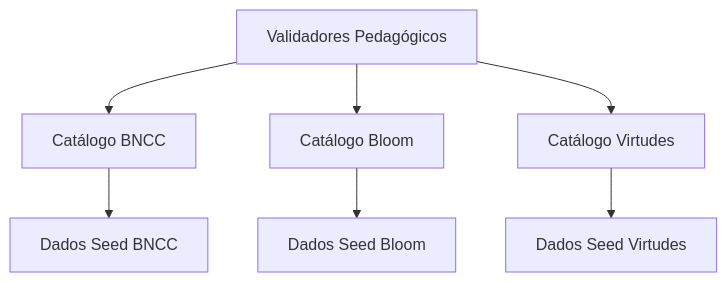
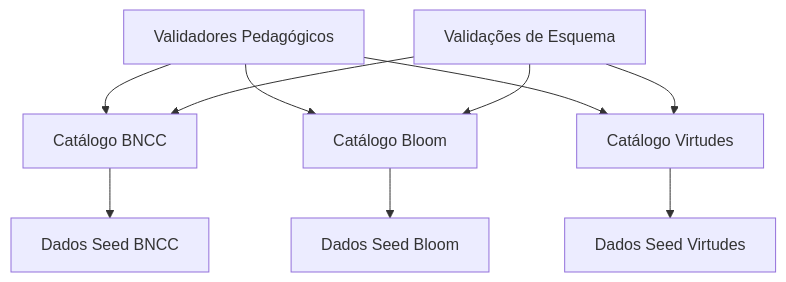
Before and after one commit to jordansmedeiros/virtuquest: the eighth of 8 diagrams in .qoder/repowiki/pt/content/Validadores Pedagógicos.md, drawn with Mermaid. The commit also changed other lines of this file and 9 other files, not shown here.

````diff
--- a/.qoder/repowiki/pt/content/Validadores Pedagógicos.md
+++ b/.qoder/repowiki/pt/content/Validadores Pedagógicos.md
@@ -242,9 +337,12 @@
 ```mermaid
 graph TD
 A[Validadores Pedagógicos] --> B[Catálogo BNCC]
 A --> C[Catálogo Bloom]
 A --> D[Catálogo Virtudes]
 B --> E[Dados Seed BNCC]
 C --> F[Dados Seed Bloom]
 D --> G[Dados Seed Virtudes]
+H[Validações de Esquema] --> B
+H --> C
+H --> D
 ```
````
